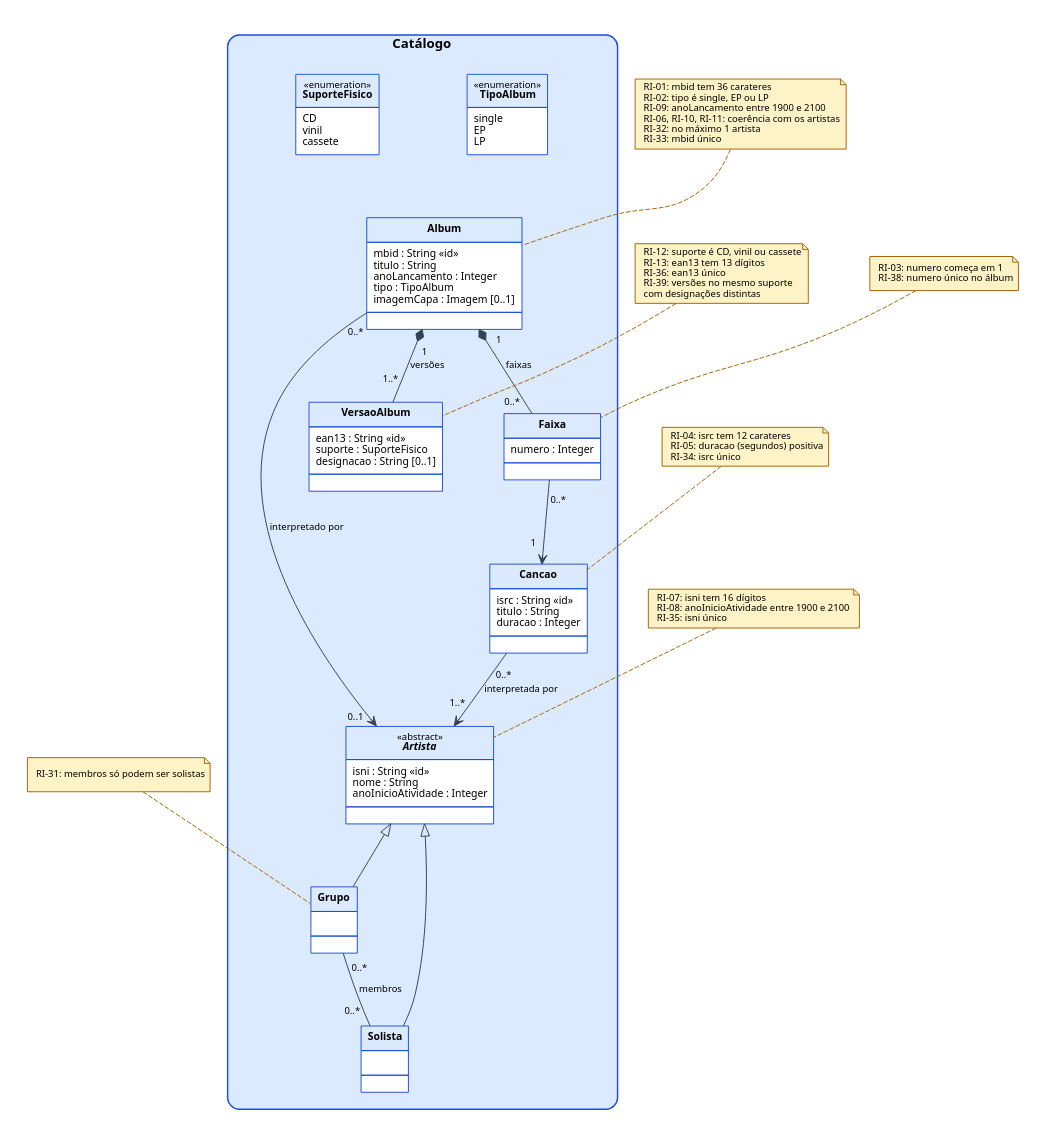
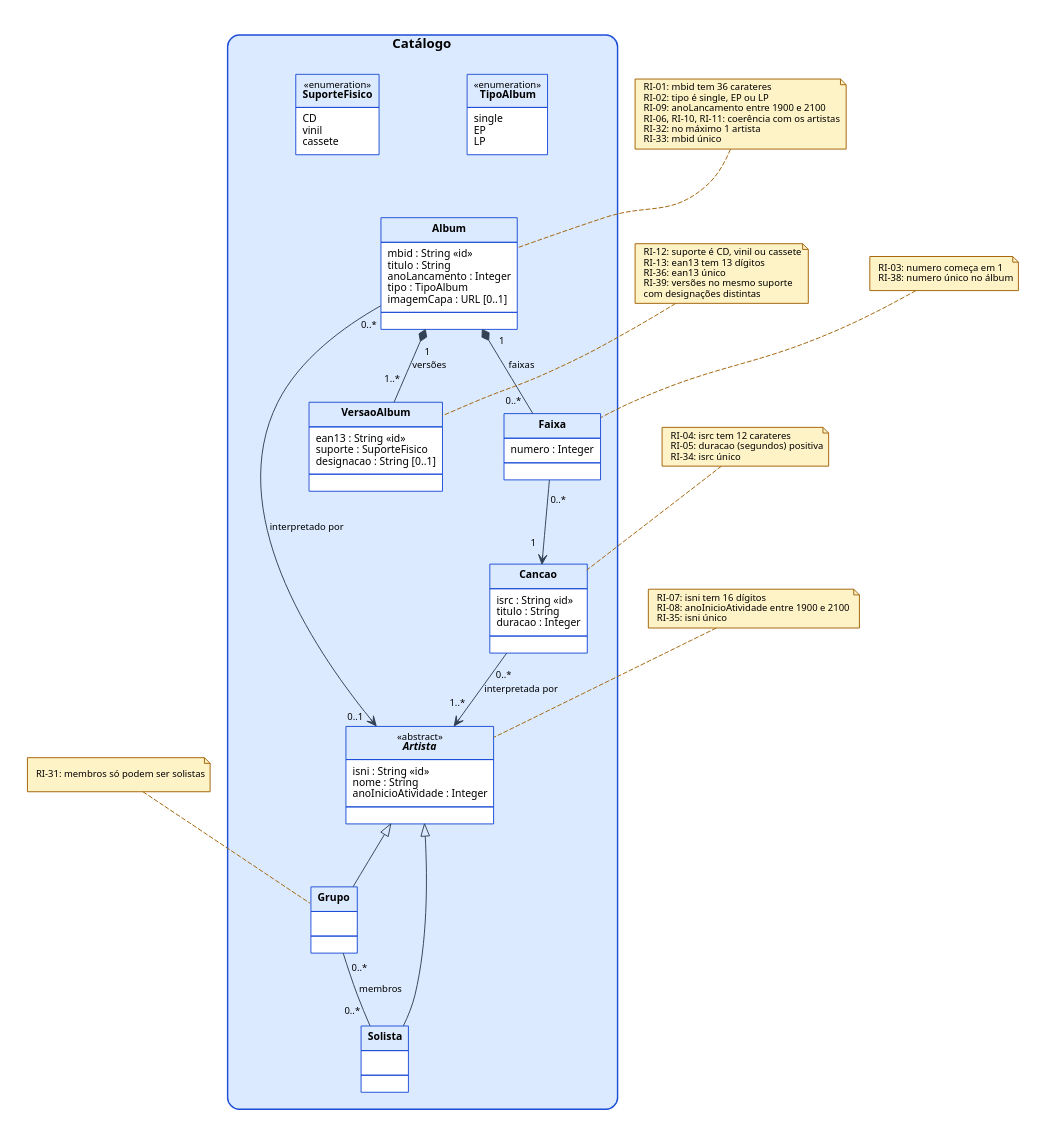
Before and after one commit to malat0o/PGP: the diagram in etapa1/classes/fonte/02-catalogo.dot, drawn with Graphviz. The commit also changed 11 other files, not shown here.

```diff
--- a/etapa1/classes/fonte/02-catalogo.dot
+++ b/etapa1/classes/fonte/02-catalogo.dot
@@ -1,36 +1,36 @@
 digraph G {
   graph [rankdir=TB, fontname="Segoe UI", nodesep="0.9", ranksep="0.9", pad="0.3", bgcolor="white", newrank=true];
   node [shape=plain, fontname="Segoe UI", fontsize="11"];
   edge [fontname="Segoe UI"];
   subgraph "cluster_catalogo" { label=<<b>Catálogo</b>>; fontsize="14"; style="filled,rounded"; fillcolor="#dbeafe"; color="#1d4ed8"; penwidth="1.5"; margin="18";
     "Artista" [label=<<table border="0" cellborder="1" cellspacing="0" color="#1d4ed8" bgcolor="white"><tr><td bgcolor="#dbeafe" cellpadding="6"><font point-size="10">«abstract»</font><br/><b><i>Artista</i></b></td></tr><tr><td align="left" balign="left" cellpadding="6">isni : String «id»<br align="left"/>nome : String<br align="left"/>anoInicioAtividade : Integer<br align="left"/></td></tr><tr><td height="8"> </td></tr></table>>];
     "Solista" [label=<<table border="0" cellborder="1" cellspacing="0" color="#1d4ed8" bgcolor="white"><tr><td bgcolor="#dbeafe" cellpadding="6"><b>Solista</b></td></tr><tr><td align="left" balign="left" cellpadding="6"> </td></tr><tr><td height="8"> </td></tr></table>>];
     "Grupo" [label=<<table border="0" cellborder="1" cellspacing="0" color="#1d4ed8" bgcolor="white"><tr><td bgcolor="#dbeafe" cellpadding="6"><b>Grupo</b></td></tr><tr><td align="left" balign="left" cellpadding="6"> </td></tr><tr><td height="8"> </td></tr></table>>];
-    "Album" [label=<<table border="0" cellborder="1" cellspacing="0" color="#1d4ed8" bgcolor="white"><tr><td bgcolor="#dbeafe" cellpadding="6"><b>Album</b></td></tr><tr><td align="left" balign="left" cellpadding="6">mbid : String «id»<br align="left"/>titulo : String<br align="left"/>anoLancamento : Integer<br align="left"/>tipo : TipoAlbum<br align="left"/>imagemCapa : Imagem [0..1]<br align="left"/></td></tr><tr><td height="8"> </td></tr></table>>];
+    "Album" [label=<<table border="0" cellborder="1" cellspacing="0" color="#1d4ed8" bgcolor="white"><tr><td bgcolor="#dbeafe" cellpadding="6"><b>Album</b></td></tr><tr><td align="left" balign="left" cellpadding="6">mbid : String «id»<br align="left"/>titulo : String<br align="left"/>anoLancamento : Integer<br align="left"/>tipo : TipoAlbum<br align="left"/>imagemCapa : URL [0..1]<br align="left"/></td></tr><tr><td height="8"> </td></tr></table>>];
     "Cancao" [label=<<table border="0" cellborder="1" cellspacing="0" color="#1d4ed8" bgcolor="white"><tr><td bgcolor="#dbeafe" cellpadding="6"><b>Cancao</b></td></tr><tr><td align="left" balign="left" cellpadding="6">isrc : String «id»<br align="left"/>titulo : String<br align="left"/>duracao : Integer<br align="left"/></td></tr><tr><td height="8"> </td></tr></table>>];
     "Faixa" [label=<<table border="0" cellborder="1" cellspacing="0" color="#1d4ed8" bgcolor="white"><tr><td bgcolor="#dbeafe" cellpadding="6"><b>Faixa</b></td></tr><tr><td align="left" balign="left" cellpadding="6">numero : Integer<br align="left"/></td></tr><tr><td height="8"> </td></tr></table>>];
     "VersaoAlbum" [label=<<table border="0" cellborder="1" cellspacing="0" color="#1d4ed8" bgcolor="white"><tr><td bgcolor="#dbeafe" cellpadding="6"><b>VersaoAlbum</b></td></tr><tr><td align="left" balign="left" cellpadding="6">ean13 : String «id»<br align="left"/>suporte : SuporteFisico<br align="left"/>designacao : String [0..1]<br align="left"/></td></tr><tr><td height="8"> </td></tr></table>>];
     "TipoAlbum" [label=<<table border="0" cellborder="1" cellspacing="0" color="#1d4ed8" bgcolor="white"><tr><td bgcolor="#dbeafe" cellpadding="6"><font point-size="10">«enumeration»</font><br/><b>TipoAlbum</b></td></tr><tr><td align="left" balign="left" cellpadding="6">single<br align="left"/>EP<br align="left"/>LP<br align="left"/></td></tr></table>>];
     "SuporteFisico" [label=<<table border="0" cellborder="1" cellspacing="0" color="#1d4ed8" bgcolor="white"><tr><td bgcolor="#dbeafe" cellpadding="6"><font point-size="10">«enumeration»</font><br/><b>SuporteFisico</b></td></tr><tr><td align="left" balign="left" cellpadding="6">CD<br align="left"/>vinil<br align="left"/>cassete<br align="left"/></td></tr></table>>];
   }
   "Artista" -> "Solista" [fontname="Segoe UI", fontsize="10", color="#334155", labelfontsize="10", labeldistance="2.4", labelangle="28", dir="back", arrowtail="onormal", arrowsize="1.3"];
   "Artista" -> "Grupo" [fontname="Segoe UI", fontsize="10", color="#334155", labelfontsize="10", labeldistance="2.4", labelangle="28", dir="back", arrowtail="onormal", arrowsize="1.3"];
   "Grupo" -> "Solista" [fontname="Segoe UI", fontsize="10", color="#334155", labelfontsize="10", labeldistance="2.4", labelangle="28", dir="none", taillabel="0..*", headlabel="0..*", label=" membros "];
   "Album" -> "Artista" [fontname="Segoe UI", fontsize="10", color="#334155", labelfontsize="10", labeldistance="2.4", labelangle="28", dir="forward", arrowhead="vee", taillabel="0..*", headlabel="0..1", label=" interpretado por "];
   "Cancao" -> "Artista" [fontname="Segoe UI", fontsize="10", color="#334155", labelfontsize="10", labeldistance="2.4", labelangle="28", dir="forward", arrowhead="vee", taillabel="0..*", headlabel="1..*", label=" interpretada por "];
   "Album" -> "Faixa" [fontname="Segoe UI", fontsize="10", color="#334155", labelfontsize="10", labeldistance="2.4", labelangle="28", dir="both", arrowtail="diamond", arrowhead="none", arrowsize="1.1", taillabel="1", headlabel="0..*", label=" faixas "];
   "Faixa" -> "Cancao" [fontname="Segoe UI", fontsize="10", color="#334155", labelfontsize="10", labeldistance="2.4", labelangle="28", dir="forward", arrowhead="vee", taillabel="0..*", headlabel="1"];
   "Album" -> "VersaoAlbum" [fontname="Segoe UI", fontsize="10", color="#334155", labelfontsize="10", labeldistance="2.4", labelangle="28", dir="both", arrowtail="diamond", arrowhead="none", arrowsize="1.1", taillabel="1", headlabel="1..*", label=" versões "];
   "nota_Artista" [shape=note, style=filled, fillcolor="#fef3c7", color="#a16207", fontsize="10", margin="0.12,0.06", label=<RI-07: isni tem 16 dígitos<br align="left"/>RI-08: anoInicioAtividade entre 1900 e 2100<br align="left"/>RI-35: isni único<br align="left"/>>];
   "nota_Artista" -> "Artista" [style=dashed, arrowhead=none, color="#a16207"];
   "nota_Grupo" [shape=note, style=filled, fillcolor="#fef3c7", color="#a16207", fontsize="10", margin="0.12,0.06", label=<RI-31: membros só podem ser solistas<br align="left"/>>];
   "nota_Grupo" -> "Grupo" [style=dashed, arrowhead=none, color="#a16207"];
   "nota_Album" [shape=note, style=filled, fillcolor="#fef3c7", color="#a16207", fontsize="10", margin="0.12,0.06", label=<RI-01: mbid tem 36 carateres<br align="left"/>RI-02: tipo é single, EP ou LP<br align="left"/>RI-09: anoLancamento entre 1900 e 2100<br align="left"/>RI-06, RI-10, RI-11: coerência com os artistas<br align="left"/>RI-32: no máximo 1 artista<br align="left"/>RI-33: mbid único<br align="left"/>>];
   "nota_Album" -> "Album" [style=dashed, arrowhead=none, color="#a16207"];
   "nota_Cancao" [shape=note, style=filled, fillcolor="#fef3c7", color="#a16207", fontsize="10", margin="0.12,0.06", label=<RI-04: isrc tem 12 carateres<br align="left"/>RI-05: duracao (segundos) positiva<br align="left"/>RI-34: isrc único<br align="left"/>>];
   "nota_Cancao" -> "Cancao" [style=dashed, arrowhead=none, color="#a16207"];
   "nota_Faixa" [shape=note, style=filled, fillcolor="#fef3c7", color="#a16207", fontsize="10", margin="0.12,0.06", label=<RI-03: numero começa em 1<br align="left"/>RI-38: numero único no álbum<br align="left"/>>];
   "nota_Faixa" -> "Faixa" [style=dashed, arrowhead=none, color="#a16207"];
   "nota_VersaoAlbum" [shape=note, style=filled, fillcolor="#fef3c7", color="#a16207", fontsize="10", margin="0.12,0.06", label=<RI-12: suporte é CD, vinil ou cassete<br align="left"/>RI-13: ean13 tem 13 dígitos<br align="left"/>RI-36: ean13 único<br align="left"/>RI-39: versões no mesmo suporte<br align="left"/>com designações distintas<br align="left"/>>];
   "nota_VersaoAlbum" -> "VersaoAlbum" [style=dashed, arrowhead=none, color="#a16207"];
 }
```
